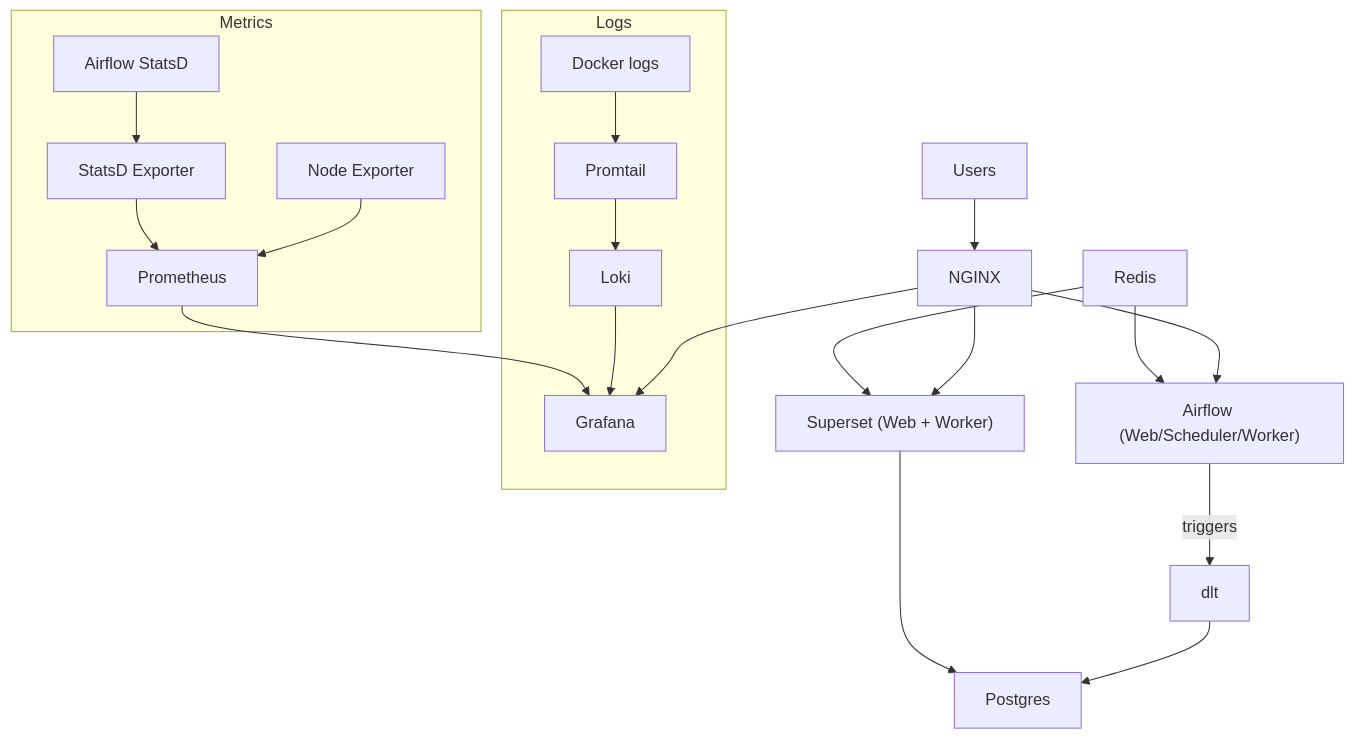
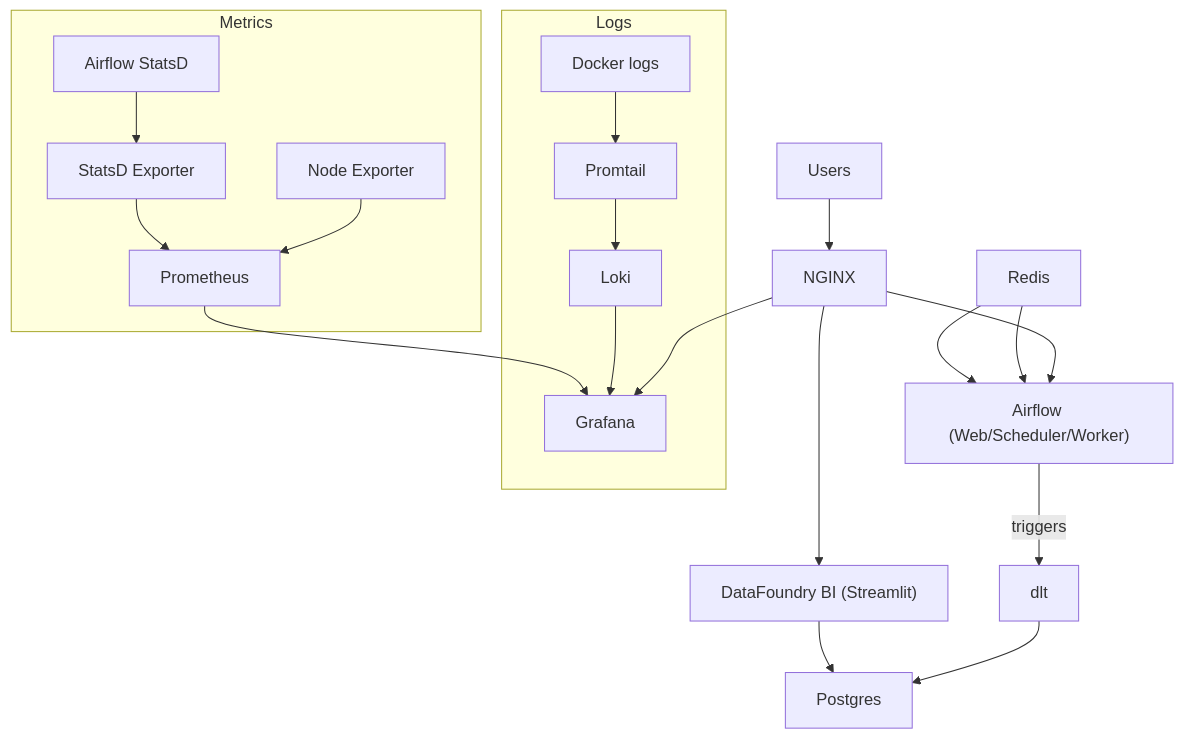
The diagram in architecture.md (jordansgoodman/DataFoundry), drawn with Mermaid before and after one commit. The commit also changed other lines of this file and 30 other files, not shown here.

````diff
--- a/architecture.md
+++ b/architecture.md
@@ -74,22 +73,22 @@
 ```mermaid
 flowchart TD
   U["Users"] --> N["NGINX"]
-  N --> S["Superset (Web + Worker)"]
+  N --> S["DataFoundry BI (Streamlit)"]
   N --> A["Airflow (Web/Scheduler/Worker)"]
   N --> G["Grafana"]
 
   A -->|triggers| D["dlt"]
   D --> P["Postgres"]
   S --> P
-  R["Redis"] --> S
+  R["Redis"] --> A
   R --> A
 
   subgraph Logs
     L1["Docker logs"] --> PR["Promtail"] --> LK["Loki"] --> G
   end
 
   subgraph Metrics
     NE["Node Exporter"] --> PM["Prometheus"] --> G
     SD["Airflow StatsD"] --> SE["StatsD Exporter"] --> PM
   end
 ```
````
